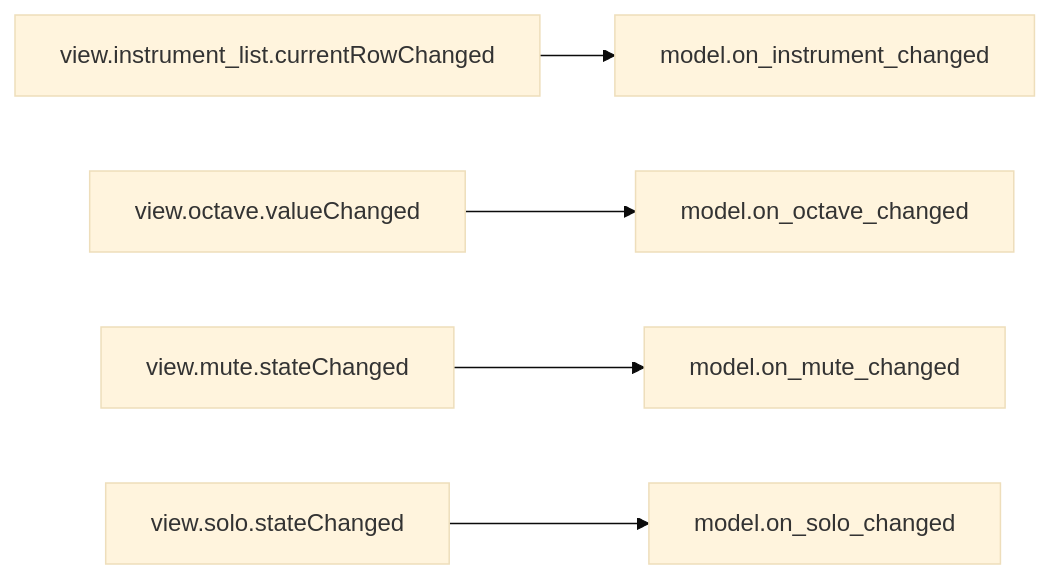
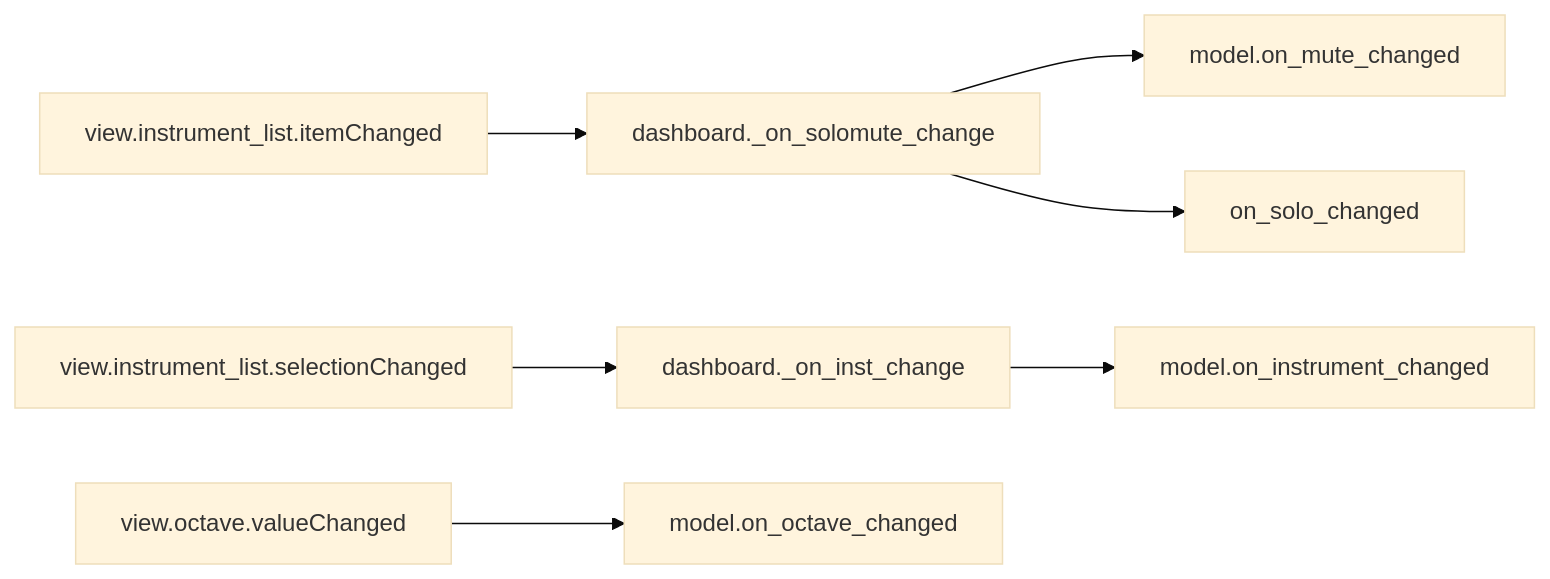
Before and after one commit to com-posers-pit/smw_music: the fourth of 10 diagrams in doc/source/dashboard_signal_slot_map.rst, drawn with Mermaid (base theme). The commit also changed 4 other files, not shown here.

First line of the commit message:
Move mute/solo next to instrument list

```diff
--- a/doc/source/dashboard_signal_slot_map.rst
+++ b/doc/source/dashboard_signal_slot_map.rst
@@ -74,7 +74,6 @@
 .. mermaid::
 
    flowchart LR
-      view.instrument_list.currentRowChanged --> model.on_instrument_changed
+      view.instrument_list.itemChanged --> dashboard._on_solomute_change --> model.on_mute_changed & on_solo_changed
+      view.instrument_list.selectionChanged --> dashboard._on_inst_change --> model.on_instrument_changed
       view.octave.valueChanged --> model.on_octave_changed
-      view.mute.stateChanged --> model.on_mute_changed
-      view.solo.stateChanged --> model.on_solo_changed
```
